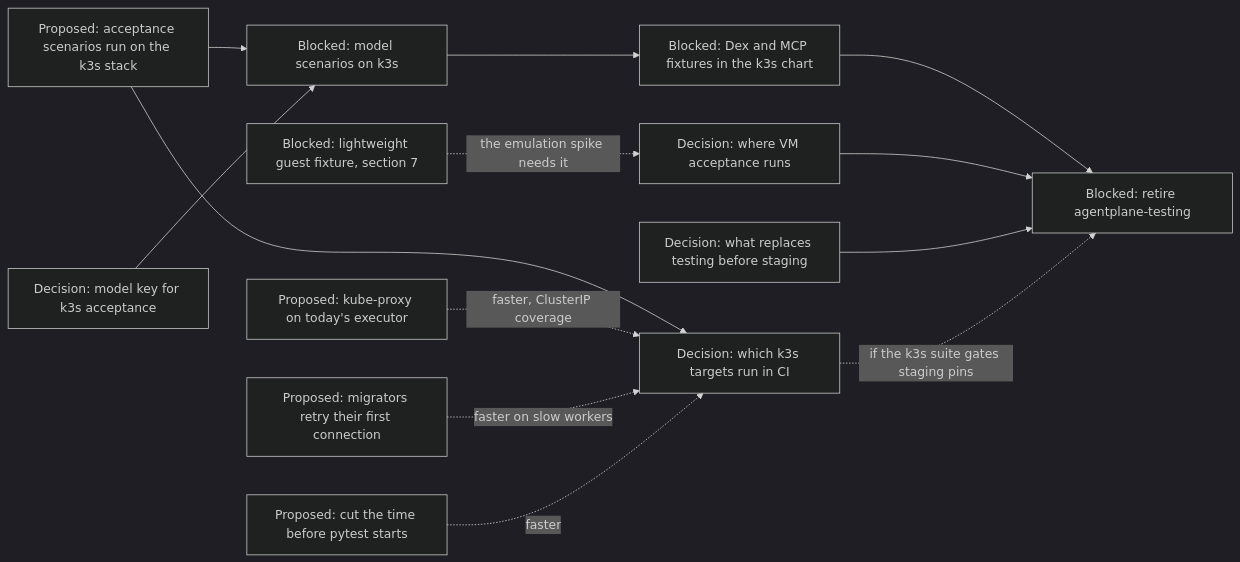
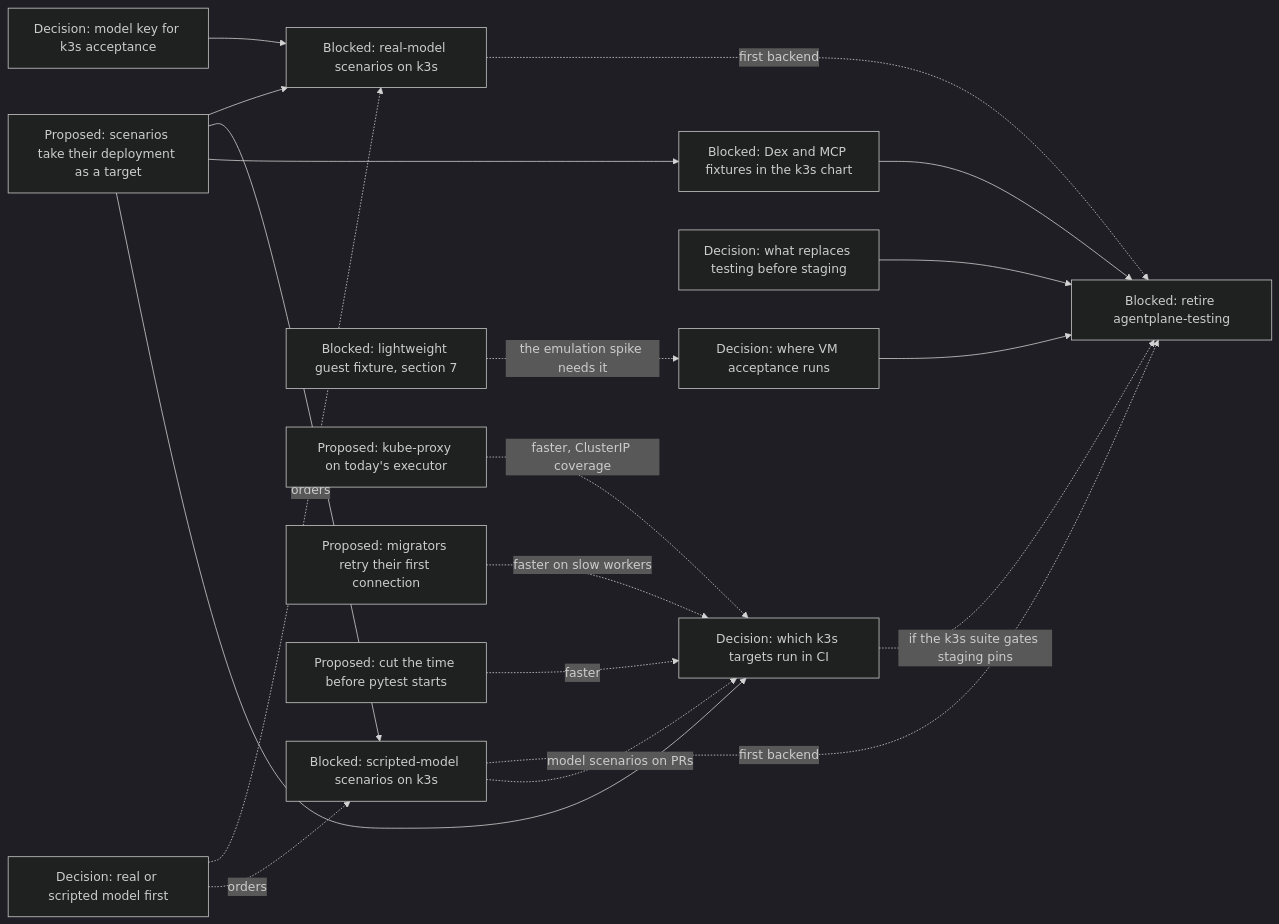
Diagram 17 of 17 in agentplane/plans/task_dag.md (agentydragon/ducktape), drawn with Mermaid (dark theme) before and after one commit. The commit also changed other lines of this file and 2 other files, not shown here.

First line of the commit message:
agentplane: k3s acceptance plan takes targets and model backends

````diff
--- a/agentplane/plans/task_dag.md
+++ b/agentplane/plans/task_dag.md
@@ -1978,27 +1984,35 @@
 ```mermaid
 flowchart LR
-    K3S_ACCEPTANCE_STACK[Proposed: acceptance scenarios run on the k3s stack]
+    ACCEPTANCE_TARGETS[Proposed: scenarios take their deployment as a target]
+    ACCEPTANCE_MODEL_BACKEND_ORDER[Decision: real or scripted model first]
     K3S_MODEL_CREDENTIALS[Decision: model key for k3s acceptance]
-    K3S_MODEL_SCENARIOS[Blocked: model scenarios on k3s]
+    K3S_MODEL_SCENARIOS[Blocked: real-model scenarios on k3s]
+    ACCEPTANCE_SCRIPTED_MODEL[Blocked: scripted-model scenarios on k3s]
     K3S_FIXTURE_IDENTITY[Blocked: Dex and MCP fixtures in the k3s chart]
     K3S_VM_ACCEPTANCE[Decision: where VM acceptance runs]
     K3S_VM_IMAGE[Blocked: lightweight guest fixture, section 7]
     TESTING_ROLLOUT_ROLE[Decision: what replaces testing before staging]
     TESTING_ENVIRONMENT_RETIRE[Blocked: retire agentplane-testing]
     K3S_KUBE_PROXY_RETEST[Proposed: kube-proxy on today's executor]
     K3S_MIGRATOR_CONNECT_RETRY[Proposed: migrators retry their first connection]
     K3S_TEST_STARTUP[Proposed: cut the time before pytest starts]
     K3S_CI_TIER[Decision: which k3s targets run in CI]
-    K3S_ACCEPTANCE_STACK --> K3S_MODEL_SCENARIOS
+    ACCEPTANCE_TARGETS --> K3S_MODEL_SCENARIOS
     K3S_MODEL_CREDENTIALS --> K3S_MODEL_SCENARIOS
-    K3S_MODEL_SCENARIOS --> K3S_FIXTURE_IDENTITY
+    ACCEPTANCE_TARGETS --> ACCEPTANCE_SCRIPTED_MODEL
+    ACCEPTANCE_MODEL_BACKEND_ORDER -. orders .-> K3S_MODEL_SCENARIOS
+    ACCEPTANCE_MODEL_BACKEND_ORDER -. orders .-> ACCEPTANCE_SCRIPTED_MODEL
+    ACCEPTANCE_TARGETS --> K3S_FIXTURE_IDENTITY
+    K3S_MODEL_SCENARIOS -. first backend .-> TESTING_ENVIRONMENT_RETIRE
+    ACCEPTANCE_SCRIPTED_MODEL -. first backend .-> TESTING_ENVIRONMENT_RETIRE
     K3S_VM_IMAGE -. the emulation spike needs it .-> K3S_VM_ACCEPTANCE
     K3S_FIXTURE_IDENTITY --> TESTING_ENVIRONMENT_RETIRE
     K3S_VM_ACCEPTANCE --> TESTING_ENVIRONMENT_RETIRE
     TESTING_ROLLOUT_ROLE --> TESTING_ENVIRONMENT_RETIRE
     K3S_CI_TIER -. if the k3s suite gates staging pins .-> TESTING_ENVIRONMENT_RETIRE
-    K3S_ACCEPTANCE_STACK --> K3S_CI_TIER
+    ACCEPTANCE_TARGETS --> K3S_CI_TIER
+    ACCEPTANCE_SCRIPTED_MODEL -. model scenarios on PRs .-> K3S_CI_TIER
     K3S_KUBE_PROXY_RETEST -. faster, ClusterIP coverage .-> K3S_CI_TIER
     K3S_MIGRATOR_CONNECT_RETRY -. faster on slow workers .-> K3S_CI_TIER
     K3S_TEST_STARTUP -. faster .-> K3S_CI_TIER
 ```
````
